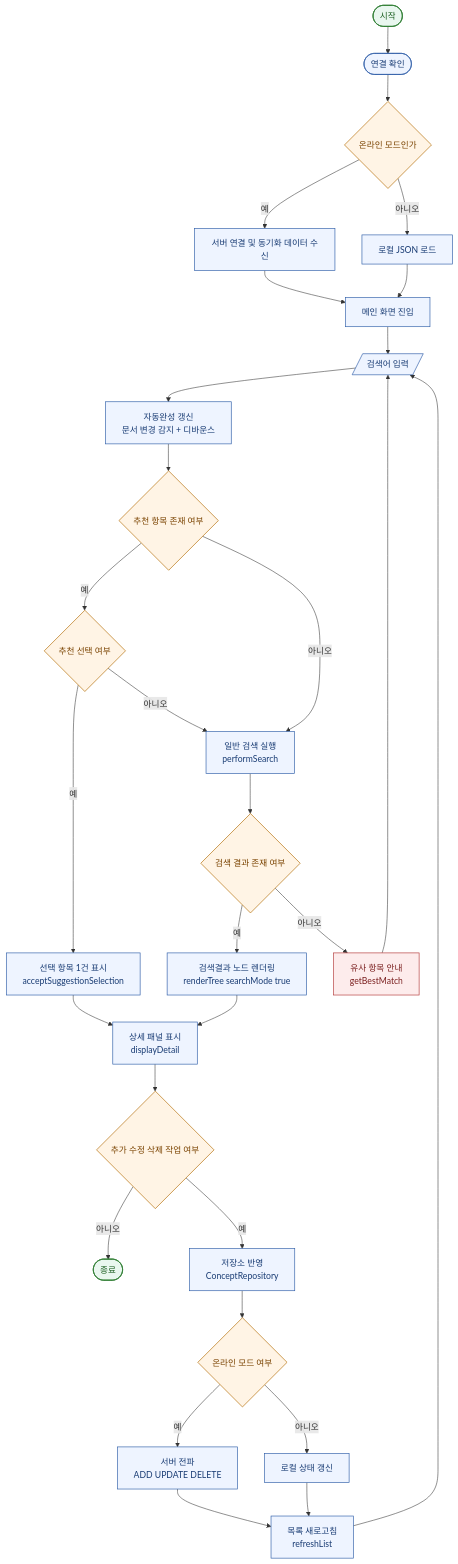
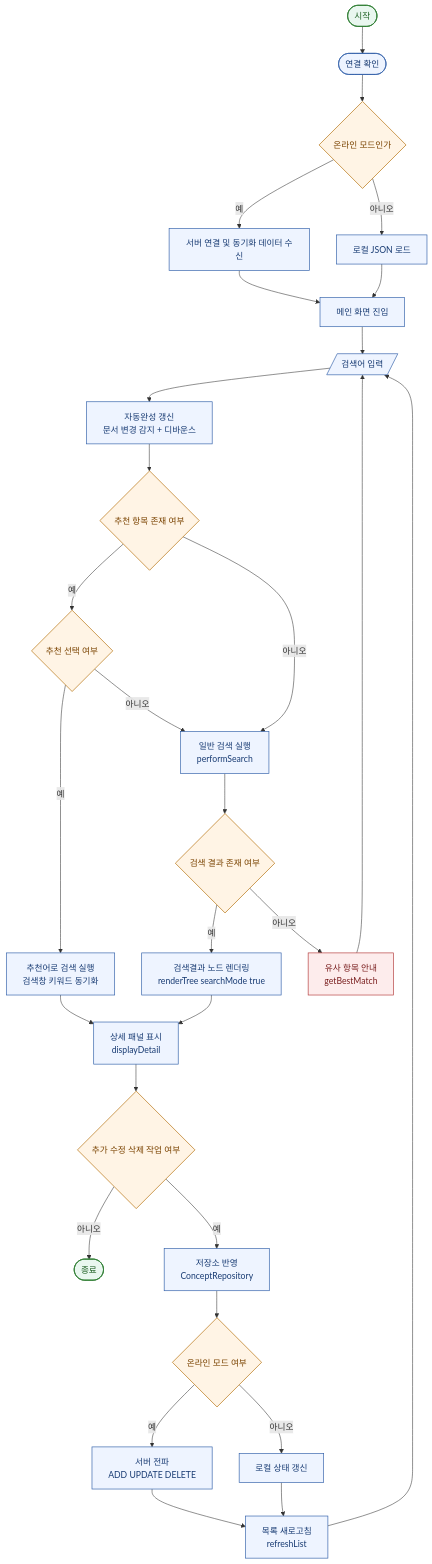
One commit to jegalhb/JAVA_WIKI_ONLINE changed the ninth of 10 diagrams in src/Reproject/README.md. Above: the diagram before and after it, drawn with Mermaid. The commit also changed other lines of this file and 10 other files, not shown here.

````diff
--- a/src/Reproject/README.md
+++ b/src/Reproject/README.md
@@ -276,49 +287,49 @@
 ```mermaid
 flowchart TD
     A([시작]) --> B([연결 확인])
     B --> C{온라인 모드인가}
 
     C -- 예 --> D[서버 연결 및 동기화 데이터 수신]
     C -- 아니오 --> E[로컬 JSON 로드]
     D --> F[메인 화면 진입]
     E --> F
 
     F --> G[/검색어 입력/]
     G --> H[자동완성 갱신<br/>문서 변경 감지 + 디바운스]
     H --> I{추천 항목 존재 여부}
 
     I -- 예 --> J{추천 선택 여부}
-    J -- 예 --> K[선택 항목 1건 표시<br/>acceptSuggestionSelection]
+    J -- 예 --> K[추천어로 검색 실행<br/>검색창 키워드 동기화]
     J -- 아니오 --> L[일반 검색 실행<br/>performSearch]
     I -- 아니오 --> L
 
     L --> M{검색 결과 존재 여부}
     M -- 예 --> N[검색결과 노드 렌더링<br/>renderTree searchMode true]
     M -- 아니오 --> O[유사 항목 안내<br/>getBestMatch]
 
     K --> P[상세 패널 표시<br/>displayDetail]
     N --> P
     O --> G
 
     P --> Q{추가 수정 삭제 작업 여부}
     Q -- 아니오 --> R([종료])
     Q -- 예 --> S[저장소 반영<br/>ConceptRepository]
 
     S --> T{온라인 모드 여부}
     T -- 예 --> U[서버 전파<br/>ADD UPDATE DELETE]
     T -- 아니오 --> V[로컬 상태 갱신]
 
     U --> W[목록 새로고침<br/>refreshList]
     V --> W
     W --> G
 
     classDef startEnd fill:#e9f7ef,stroke:#2e7d32,color:#1b5e20,stroke-width:1.5px;
     classDef process fill:#eef4ff,stroke:#2f5ea8,color:#183b73,stroke-width:1.2px;
     classDef decision fill:#fff4e5,stroke:#b26a00,color:#7a4300,stroke-width:1.2px;
     classDef warn fill:#fdecec,stroke:#b33939,color:#7a1f1f,stroke-width:1.2px;
 
     class A,R startEnd;
     class B,D,E,F,G,H,K,L,N,P,S,U,V,W process;
     class C,I,J,M,Q,T decision;
     class O warn;
 ```
````
